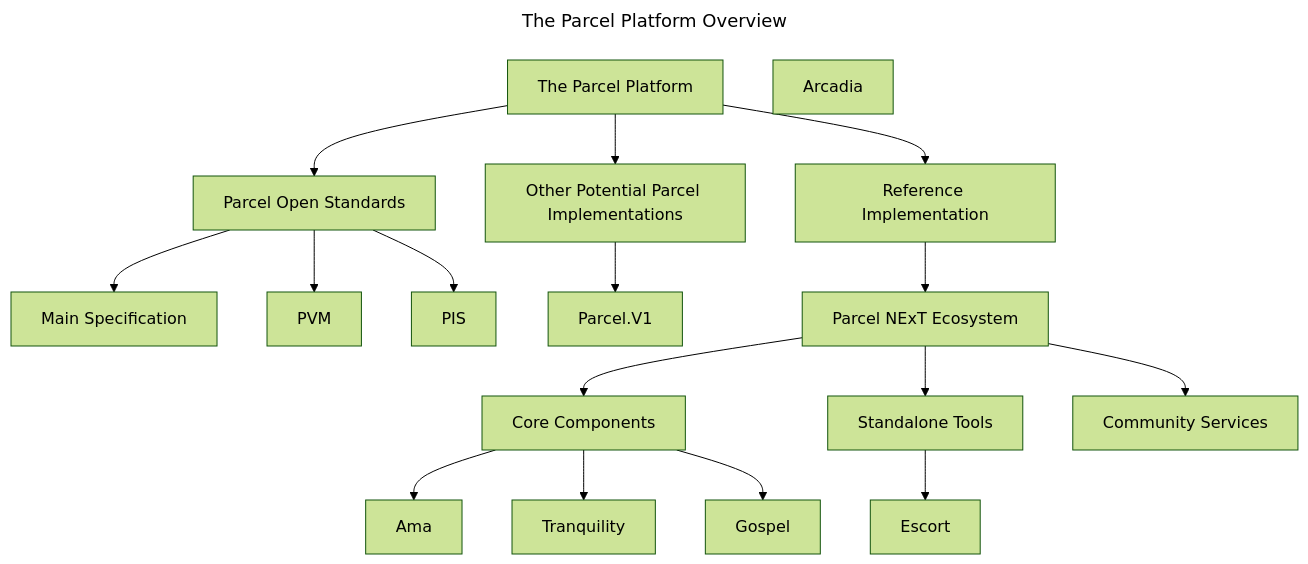
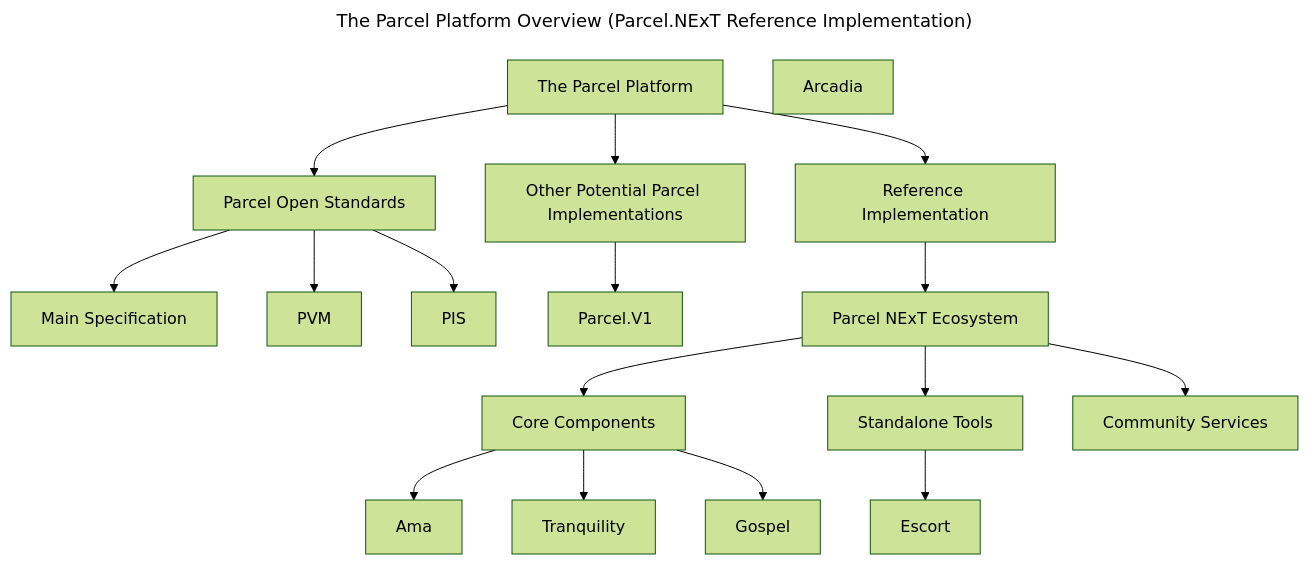
The second of 2 diagrams in Parcel Open Standard/README.md (Parcel-NExT/Parcel_NExT), drawn with Mermaid (forest theme) before and after one commit. The commit also changed other lines of this file and 3 other files, not shown here.

````diff
--- a/Parcel Open Standard/README.md
+++ b/Parcel Open Standard/README.md
@@ -498,51 +504,51 @@
 ```mermaid
 ---
-title: The Parcel Platform Overview
+title: The Parcel Platform Overview (Parcel.NExT Reference Implementation)
 ---
 flowchart TD
     id0[The Parcel Platform]
 
     id1[Parcel Open Standards]
     id10[Reference Implementation]
     id3[Other Potential Parcel Implementations]
 
     id4[Main Specification]
     id5[PVM]
     id6[PIS]
 
     id11[Parcel.V1]
 
     id2[Parcel NExT Ecosystem]
     id12[Core Components]
     id13[Standalone Tools]
     id14[Community Services]
 
     id7[Ama]
     id8[Tranquility]
     id9[Gospel]
 
     id15[Escort]
 
     id16[Arcadia]
 
     id0 --> id1
     id0 --> id10
     id0 --> id3
 
     id1 --> id4
     id1 --> id5
     id1 --> id6
 
     id10 --> id2
     id3 --> id11
     
     id2 --> id12
     id2 --> id13
     id2 --> id14
 
     id12 --> id7
     id12 --> id8
     id12 --> id9
 
     id13 --> id15
 ```
````
